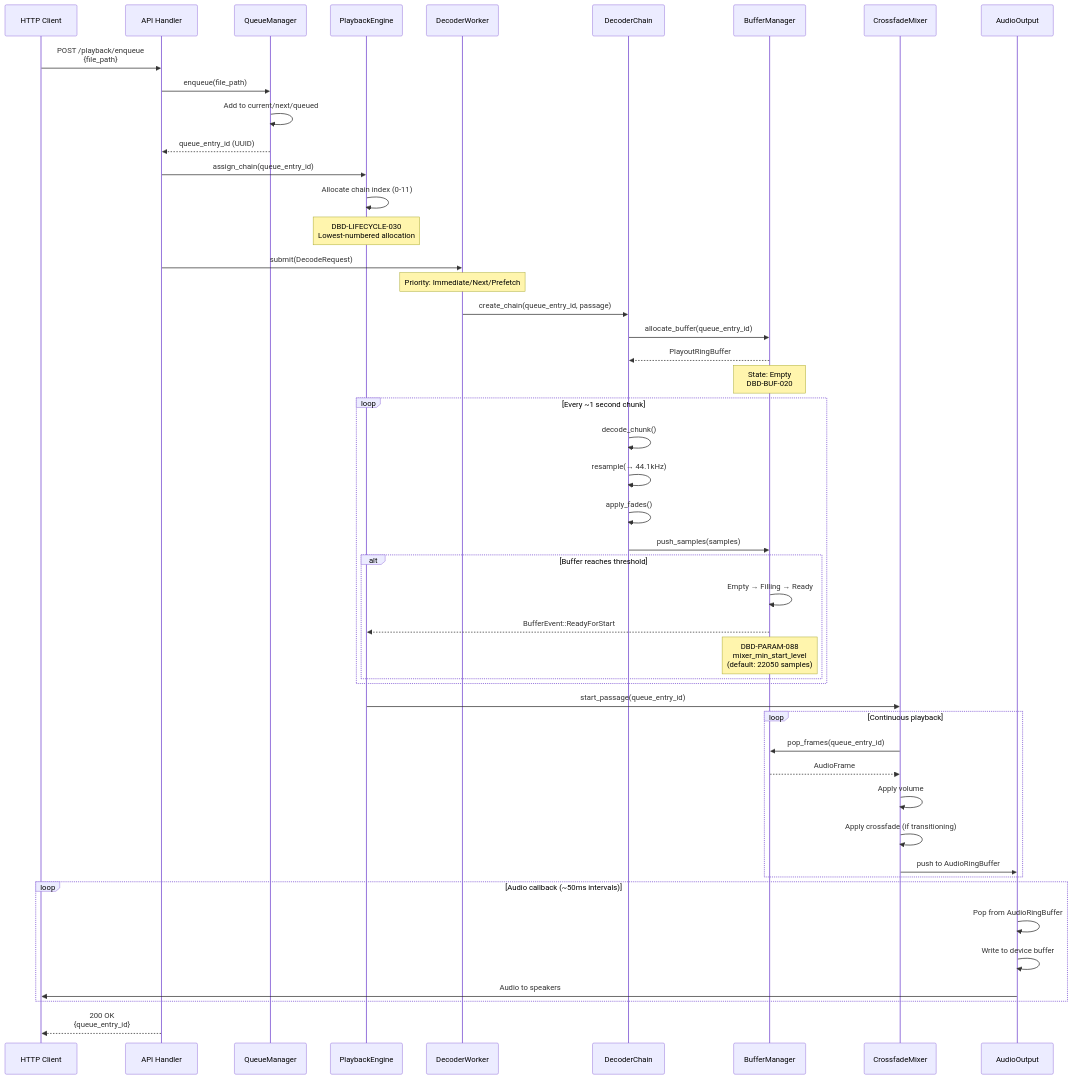
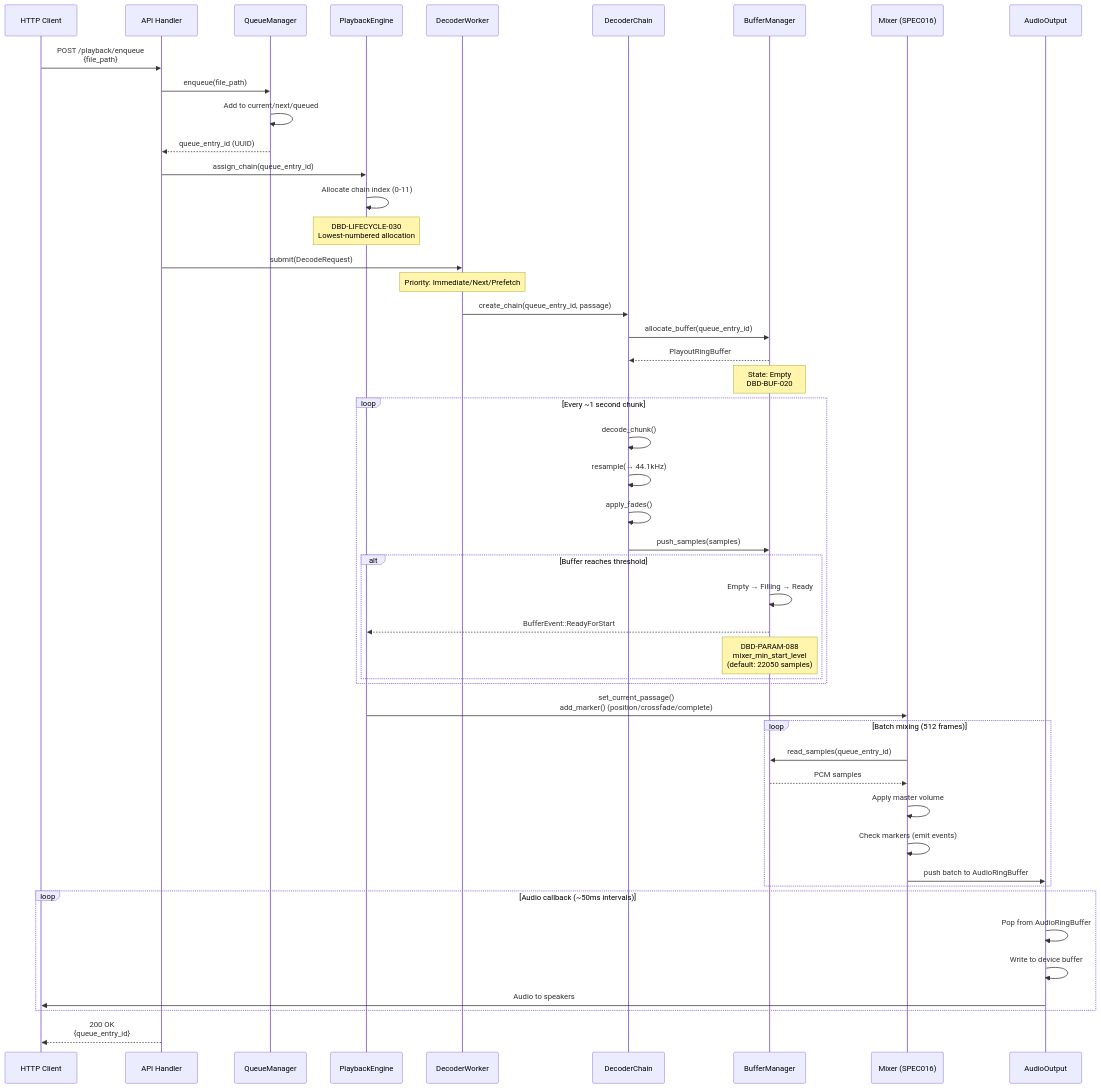
One commit to MangoCats/McRhythm changed the third of 9 diagrams in docs/GUIDE003_audio_pipeline_diagrams.md. Above: the diagram before and after it, drawn with Mermaid. The commit also changed other lines of this file and 1 other file, not shown here.

Commit message:
mixer refactor getting better

````diff
--- a/docs/GUIDE003_audio_pipeline_diagrams.md
+++ b/docs/GUIDE003_audio_pipeline_diagrams.md
@@ -151,60 +151,60 @@
 ```mermaid
 sequenceDiagram
     participant User as HTTP Client
     participant API as API Handler
     participant Queue as QueueManager
     participant Engine as PlaybackEngine
     participant Worker as DecoderWorker
     participant Chain as DecoderChain
     participant BufMgr as BufferManager
-    participant Mixer as CrossfadeMixer
+    participant Mixer as Mixer (SPEC016)
     participant Output as AudioOutput
 
     User->>API: POST /playback/enqueue<br/>{file_path}
     API->>Queue: enqueue(file_path)
     Queue->>Queue: Add to current/next/queued
     Queue-->>API: queue_entry_id (UUID)
 
     API->>Engine: assign_chain(queue_entry_id)
     Engine->>Engine: Allocate chain index (0-11)
     Note over Engine: DBD-LIFECYCLE-030<br/>Lowest-numbered allocation
 
     API->>Worker: submit(DecodeRequest)
     Note over Worker: Priority: Immediate/Next/Prefetch
     Worker->>Chain: create_chain(queue_entry_id, passage)
 
     Chain->>BufMgr: allocate_buffer(queue_entry_id)
     BufMgr-->>Chain: PlayoutRingBuffer
     Note over BufMgr: State: Empty<br/>DBD-BUF-020
 
     loop Every ~1 second chunk
         Chain->>Chain: decode_chunk()
         Chain->>Chain: resample(→ 44.1kHz)
         Chain->>Chain: apply_fades()
         Chain->>BufMgr: push_samples(samples)
 
         alt Buffer reaches threshold
             BufMgr->>BufMgr: Empty → Filling → Ready
             BufMgr-->>Engine: BufferEvent::ReadyForStart
             Note over BufMgr: DBD-PARAM-088<br/>mixer_min_start_level<br/>(default: 22050 samples)
         end
     end
 
-    Engine->>Mixer: start_passage(queue_entry_id)
+    Engine->>Mixer: set_current_passage()<br/>add_marker() (position/crossfade/complete)
 
-    loop Continuous playback
-        Mixer->>BufMgr: pop_frames(queue_entry_id)
-        BufMgr-->>Mixer: AudioFrame
-        Mixer->>Mixer: Apply volume
-        Mixer->>Mixer: Apply crossfade (if transitioning)
-        Mixer->>Output: push to AudioRingBuffer
+    loop Batch mixing (512 frames)
+        Mixer->>BufMgr: read_samples(queue_entry_id)
+        BufMgr-->>Mixer: PCM samples
+        Mixer->>Mixer: Apply master volume
+        Mixer->>Mixer: Check markers (emit events)
+        Mixer->>Output: push batch to AudioRingBuffer
     end
 
     loop Audio callback (~50ms intervals)
         Output->>Output: Pop from AudioRingBuffer
         Output->>Output: Write to device buffer
         Output->>User: Audio to speakers
     end
 
     API-->>User: 200 OK<br/>{queue_entry_id}
 ```
````
